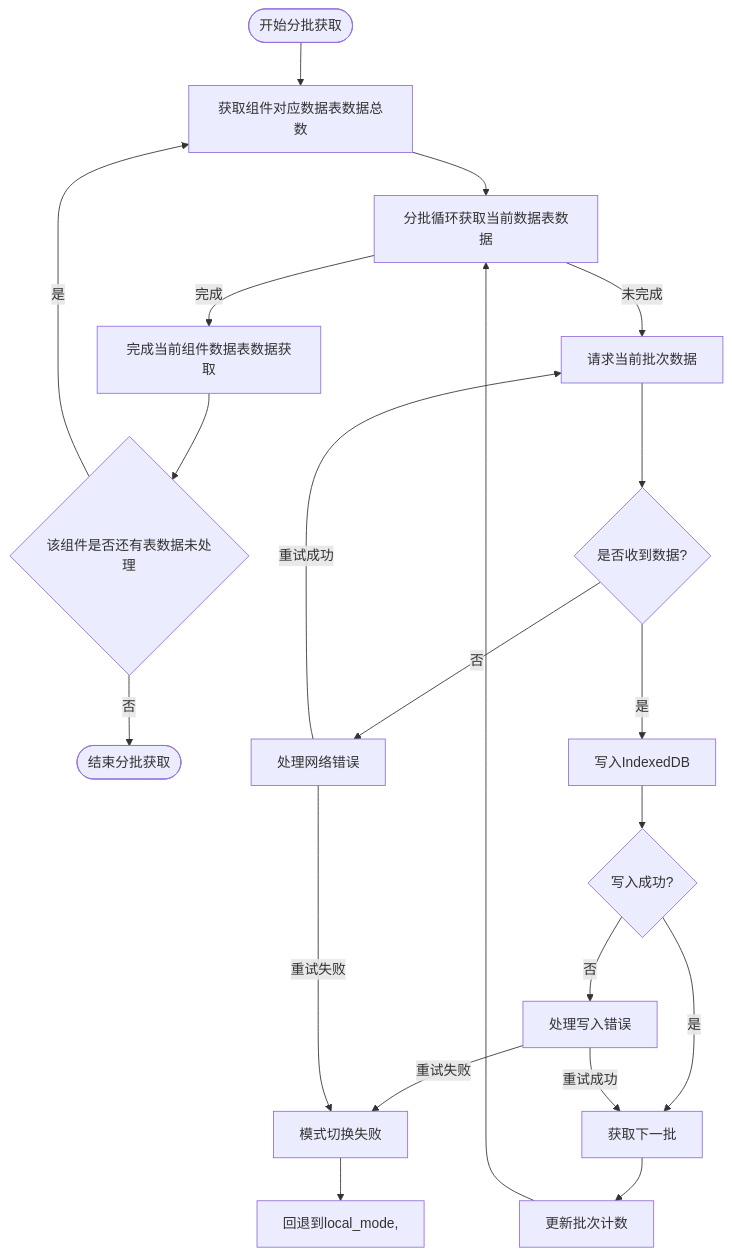
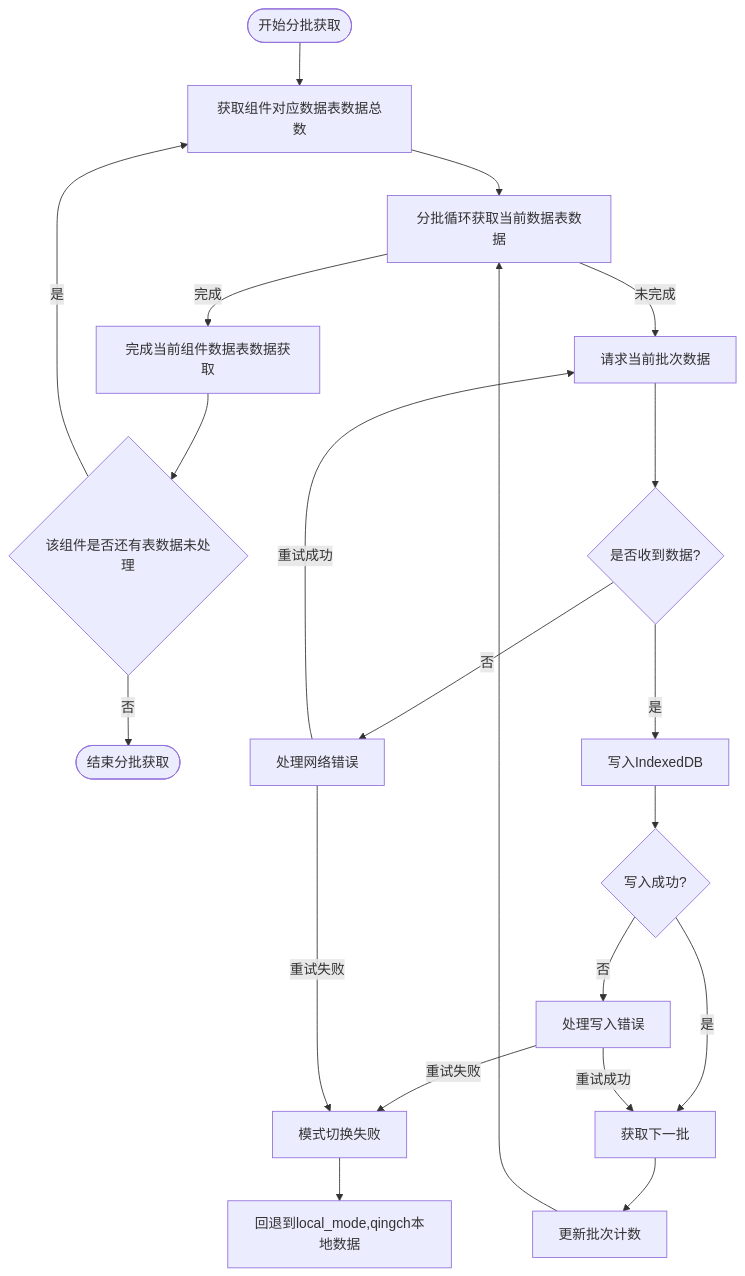
One commit to yingjianzh/iodraw-files changed the diagram in all/未命名-56.md. Above: the diagram before and after it, drawn with Mermaid.

Commit message:
2025-05-12 10:32:07 update

````diff
--- a/all/未命名-56.md
+++ b/all/未命名-56.md
@@ -1,35 +1,35 @@
 ```mermaid
 
 flowchart TD
     StartBatch([开始分批获取]) --> InitializeBatch[获取组件对应数据表数据总数]
     InitializeBatch --> CheckBatchSize[分批循环获取当前数据表数据]
     
     CheckBatchSize -->|完成| BatchComplete[完成当前组件数据表数据获取]
 
     BatchComplete --> HasNext{该组件是否还有表数据未处理}
 
     HasNext --> |是| InitializeBatch
     HasNext --> |否| EndBatch([结束分批获取])
 
     
     CheckBatchSize -->|未完成| RequestBatch[请求当前批次数据]
     RequestBatch --> ReceiveBatch{是否收到数据?}
     
     ReceiveBatch -->|是| WriteToDB[写入IndexedDB]
     
     WriteToDB --> BatchSuccess{写入成功?}
     BatchSuccess -->|是| NextBatch[获取下一批]
     BatchSuccess -->|否| HandleError[处理写入错误]
     HandleError -->|重试成功| NextBatch
     HandleError -->|重试失败| ModeFailed[模式切换失败]
-    ModeFailed --> Abort[回退到local_mode,]
+    ModeFailed --> Abort[回退到local_mode,qingch本地数据]
     
     ReceiveBatch -->|否| HandleNetworkError[处理网络错误]
     HandleNetworkError -->|重试成功| RequestBatch
     HandleNetworkError -->|重试失败| ModeFailed
     
     NextBatch --> IncrementBatch[更新批次计数]
     IncrementBatch --> CheckBatchSize
     
 
 ```
````
